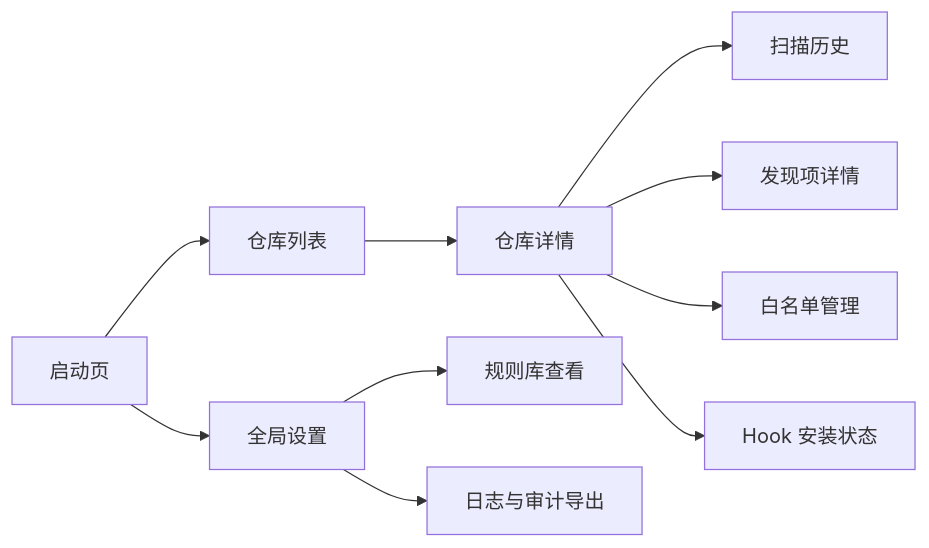
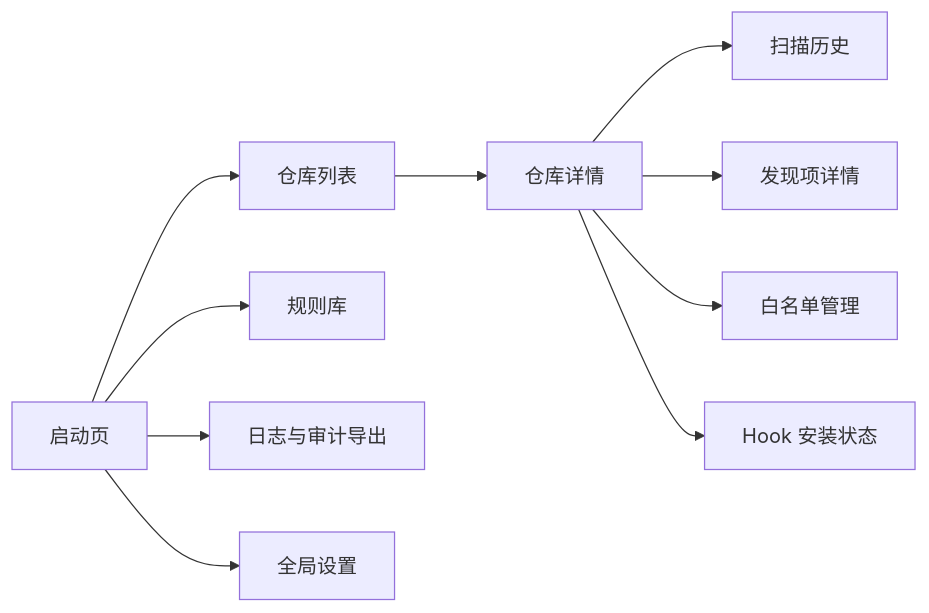
Before and after one commit to Camefor/GitGuard: the first of 5 diagrams in docs/11-前端UI设计.md, drawn with Mermaid. The commit also changed other lines of this file and 18 other files, not shown here.

Commit message:
feat(desktop): 实现规则库视图 (GGD-0045)

````diff
--- a/docs/11-前端UI设计.md
+++ b/docs/11-前端UI设计.md
@@ -7,12 +7,12 @@
 ```mermaid
 flowchart LR
     Launch[启动页] --> Repos[仓库列表]
     Repos --> RepoDetail[仓库详情]
     RepoDetail --> ScanHistory[扫描历史]
     RepoDetail --> FindingDetail[发现项详情]
     RepoDetail --> Allowlist[白名单管理]
     RepoDetail --> HookStatus[Hook 安装状态]
+    Launch --> Rules[规则库]
+    Launch --> Logs[日志与审计导出]
     Launch --> Settings[全局设置]
-    Settings --> Rules[规则库查看]
-    Settings --> Logs[日志与审计导出]
 ```
````
